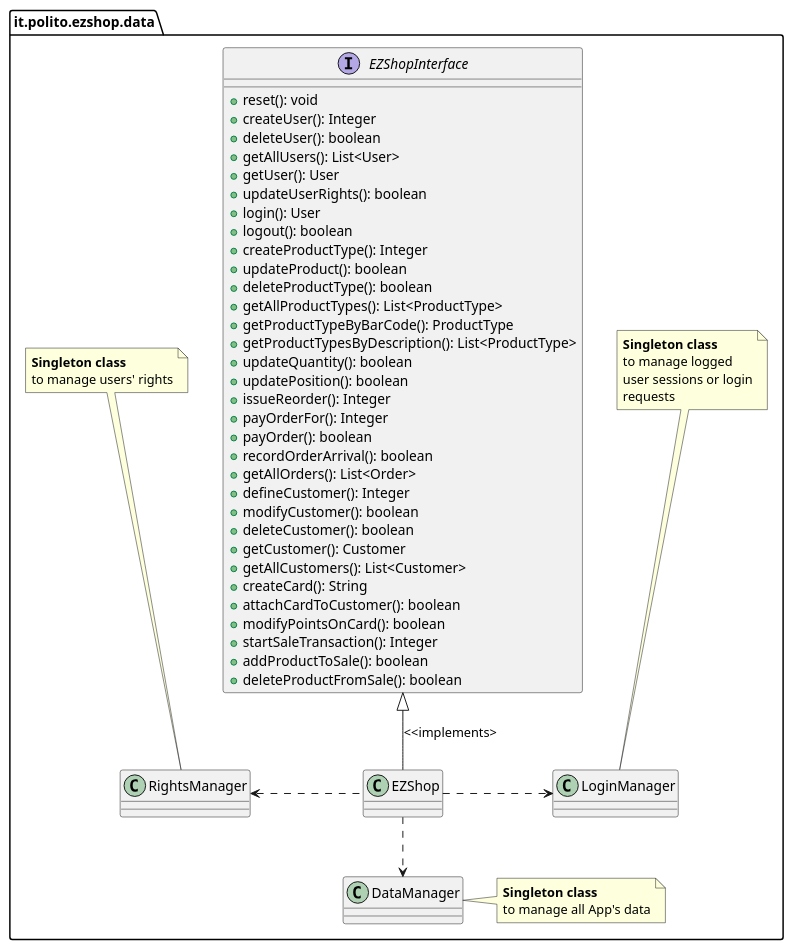
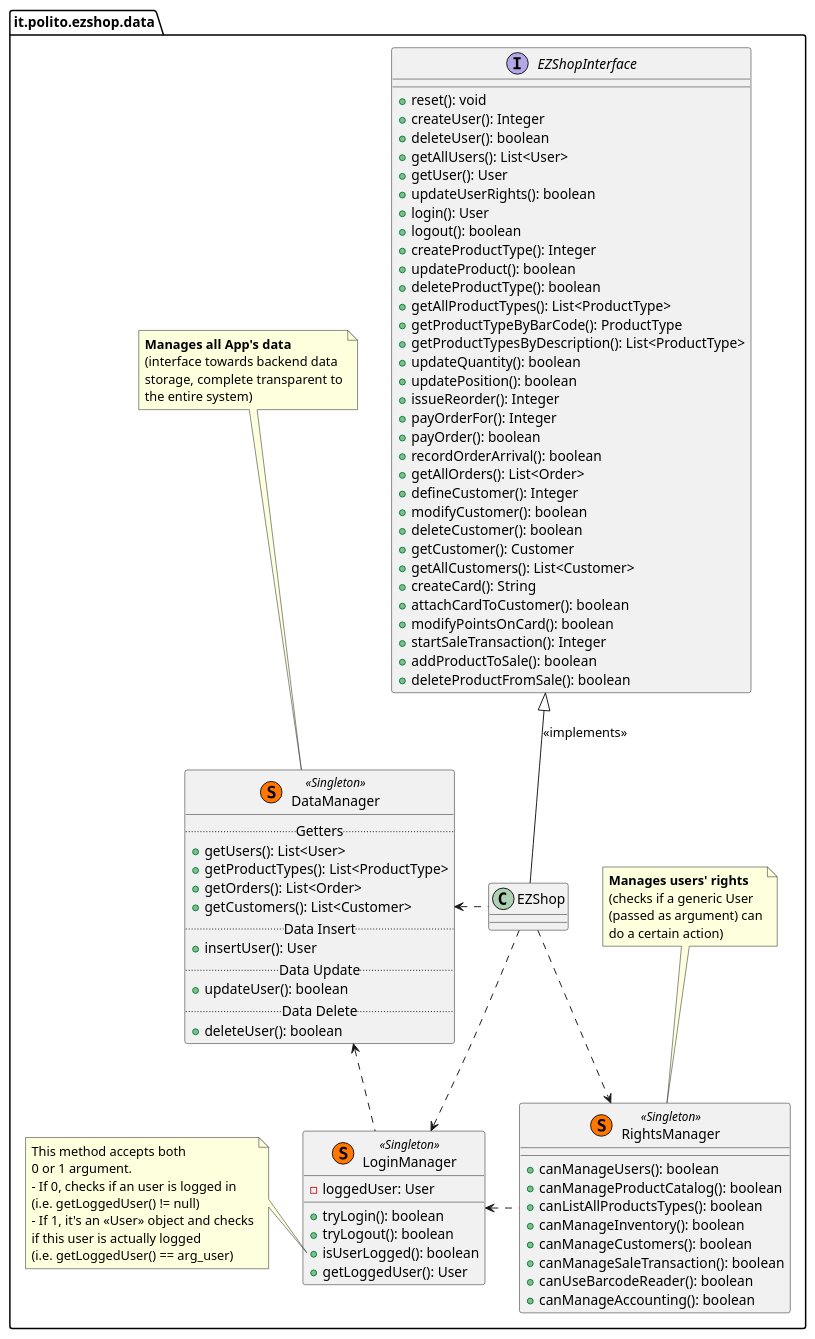
Before and after one commit to thegabriele97/EzShop: the second of 2 diagrams in Deliverables/DesignDocument.md, drawn with PlantUML.

Commit message:
docs: DesignDocument, class diagram updates

```diff
--- a/Deliverables/DesignDocument.md
+++ b/Deliverables/DesignDocument.md
@@ -99,39 +99,70 @@
 
     }
 
-    class LoginManager {
-
+    class LoginManager << (S,#FF7700) Singleton >> {
+        -loggedUser: User
+        +tryLogin(): boolean
+        +tryLogout(): boolean
+        +isUserLogged(): boolean
+        +getLoggedUser(): User
     }
 
-    class RightsManager {
-
+    class RightsManager << (S,#FF7700) Singleton >> {
+        +canManageUsers(): boolean
+        +canManageProductCatalog(): boolean
+        +canListAllProductsTypes(): boolean
+        +canManageInventory(): boolean
+        +canManageCustomers(): boolean
+        +canManageSaleTransaction(): boolean
+        +canUseBarcodeReader(): boolean
+        +canManageAccounting(): boolean
     }
 
-    class DataManager {
-
+    class "DataManager" as DataManager << (S,#FF7700) Singleton >> {
+        ..Getters..
+        {method} +getUsers(): List<User>
+        +getProductTypes(): List<ProductType>
+        +getOrders(): List<Order>
+        +getCustomers(): List<Customer>
+        ..Data Insert..
+        +insertUser(): User
+        ..Data Update..
+        +updateUser(): boolean
+        ..Data Delete..
+        +deleteUser(): boolean
     }
 
-    note top of LoginManager
-     <b>Singleton class</b> 
-     to manage logged 
-     user sessions or login
-     requests
+    note top of RightsManager
+        <b>Manages users' rights</b>
+        (checks if a generic User
+        (passed as argument) can
+        do a certain action)
     end note
 
-    note top of RightsManager
-     <b>Singleton class</b> 
-     to manage users' rights
+    note top of DataManager
+        <b>Manages all App's data</b>
+        (interface towards backend data
+        storage, complete transparent to
+        the entire system)
     end note
 
-    note right of DataManager
-     <b>Singleton class</b> 
-     to manage all App's data
+    note left of LoginManager::isUserLogged
+        This method accepts both
+        0 or 1 argument.
+        - If 0, checks if an user is logged in
+        (i.e. getLoggedUser() != null)
+        - If 1, it's an <<User>> object and checks
+        if this user is actually logged
+        (i.e. getLoggedUser() == arg_user)
     end note
 
-    ezshop -up-|> ezinterface : <<implements>
-    ezshop .right.> LoginManager
-    ezshop .left.> RightsManager
-    ezshop .down.> DataManager
+    ezshop -up-|> ezinterface : <<implements>>
+    ezshop ..> LoginManager
+    ezshop ..> RightsManager
+    ezshop .left.> DataManager
+
+    RightsManager .left.> LoginManager
+    LoginManager .up.> DataManager
     
 
 }
```
